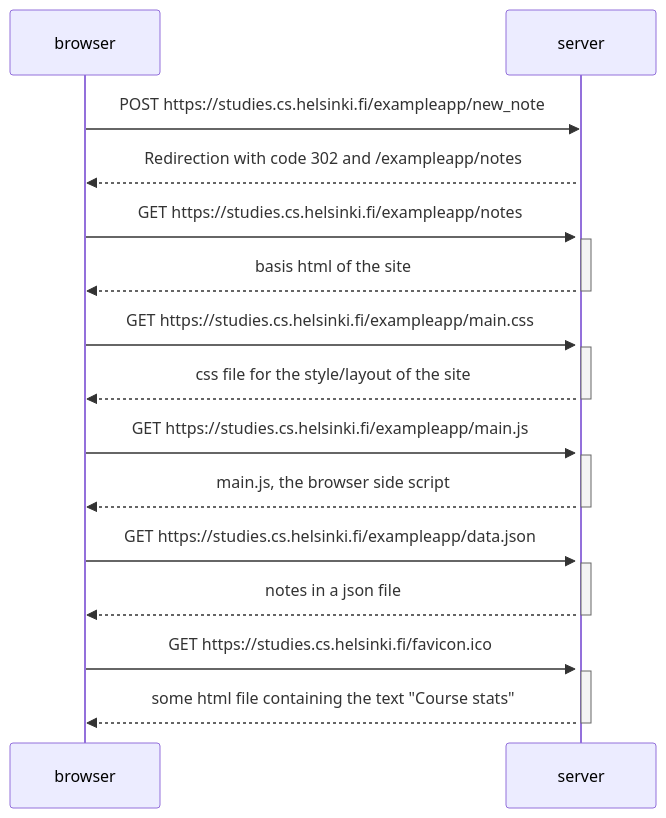
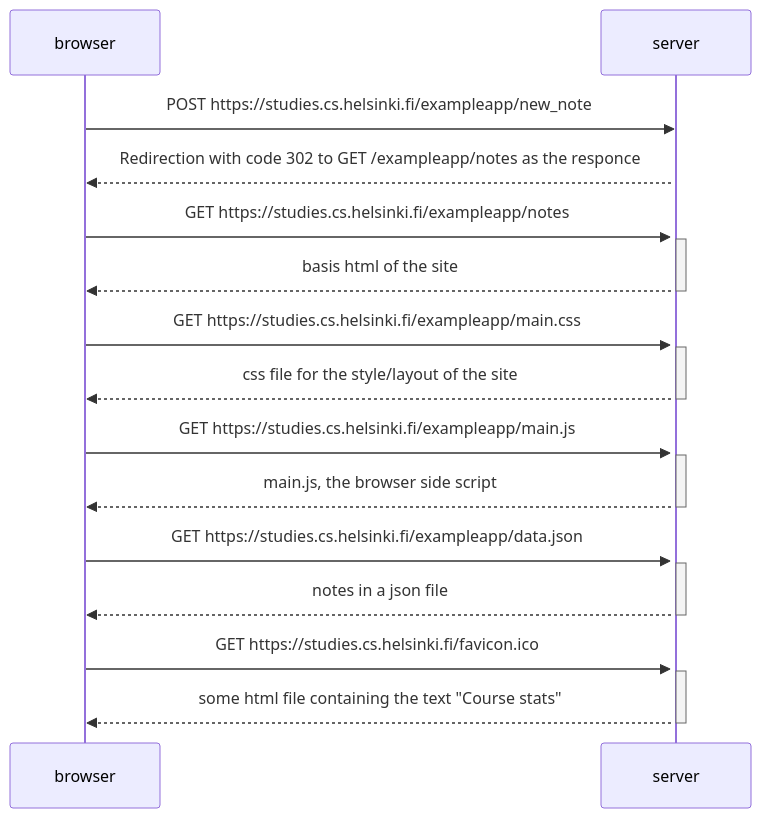
Before and after one commit to lxhelmer/fullstackopen: the diagram in osa0/seq.md, drawn with Mermaid.

````diff
--- a/osa0/seq.md
+++ b/osa0/seq.md
@@ -1,35 +1,35 @@
 ```mermaid
 sequenceDiagram
 	participant browser
 	participant server
 
 	browser->>server: POST https://studies.cs.helsinki.fi/exampleapp/new_note
 	activate server
-	server-->>browser: Redirection with code 302 and /exampleapp/notes
+	server-->>browser: Redirection with code 302 to GET /exampleapp/notes as the responce
 
 	browser->>server: GET https://studies.cs.helsinki.fi/exampleapp/notes
 	activate server
 	server-->>browser: basis html of the site
 	deactivate server
 
 	browser->>server: GET https://studies.cs.helsinki.fi/exampleapp/main.css
     	activate server
     	server-->>browser: css file for the style/layout of the site
     	deactivate server
     
     	browser->>server: GET https://studies.cs.helsinki.fi/exampleapp/main.js
     	activate server
     	server-->>browser: main.js, the browser side script
     	deactivate server
 
 	browser->>server: GET https://studies.cs.helsinki.fi/exampleapp/data.json
 	activate server
 	server-->>browser: notes in a json file
 	deactivate server
 
 	browser->>server: GET https://studies.cs.helsinki.fi/favicon.ico
 	activate server 
 	server-->>browser: some html file containing the text "Course stats"
 	deactivate server
 	
 ```
````
